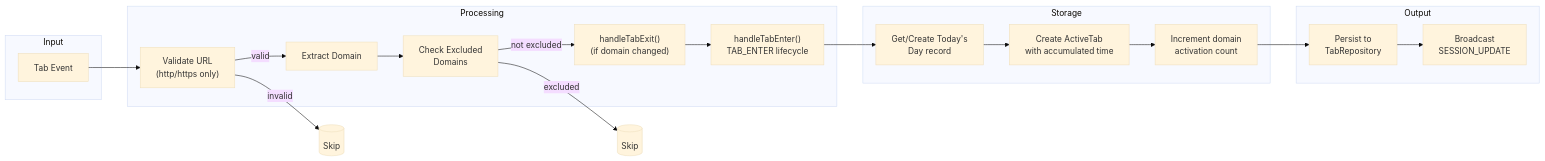
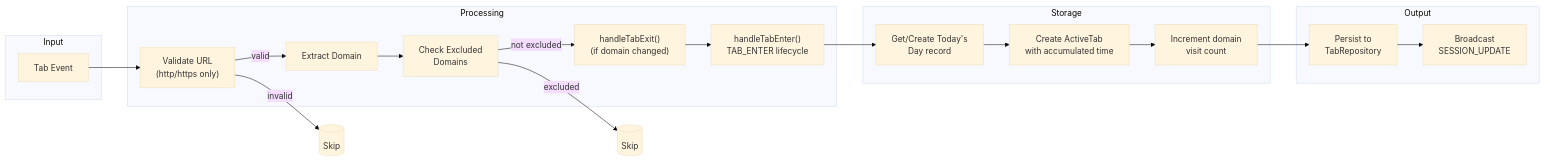
One commit to JayDosunmu/web-time-tracker changed the second of 9 diagrams in docs/architecture-dataflow.md. Above: the diagram before and after it, drawn with Mermaid (base theme). The commit also changed other lines of this file and 5 other files, not shown here.

````diff
--- a/docs/architecture-dataflow.md
+++ b/docs/architecture-dataflow.md
@@ -90,38 +90,38 @@
 ```mermaid
 flowchart LR
     subgraph Input
         event["Tab Event"]
     end
 
     subgraph Processing
         validate["Validate URL<br/>(http/https only)"]
         extract["Extract Domain"]
         checkExcluded["Check Excluded<br/>Domains"]
         tabExit["handleTabExit()<br/>(if domain changed)"]
         tabEnter["handleTabEnter()<br/>TAB_ENTER lifecycle"]
     end
 
     subgraph Storage
         getToday["Get/Create Today's<br/>Day record"]
         createActiveTab["Create ActiveTab<br/>with accumulated time"]
-        updateDomain["Increment domain<br/>activation count"]
+        updateDomain["Increment domain<br/>visit count"]
     end
 
     subgraph Output
         persist["Persist to<br/>TabRepository"]
         broadcast["Broadcast<br/>SESSION_UPDATE"]
     end
 
     event --> validate
     validate -->|valid| extract
     validate -->|invalid| X1[("Skip")]
     extract --> checkExcluded
     checkExcluded -->|not excluded| tabExit
     checkExcluded -->|excluded| X2[("Skip")]
     tabExit --> tabEnter
     tabEnter --> getToday
     getToday --> createActiveTab
     createActiveTab --> updateDomain
     updateDomain --> persist
     persist --> broadcast
 ```
````
